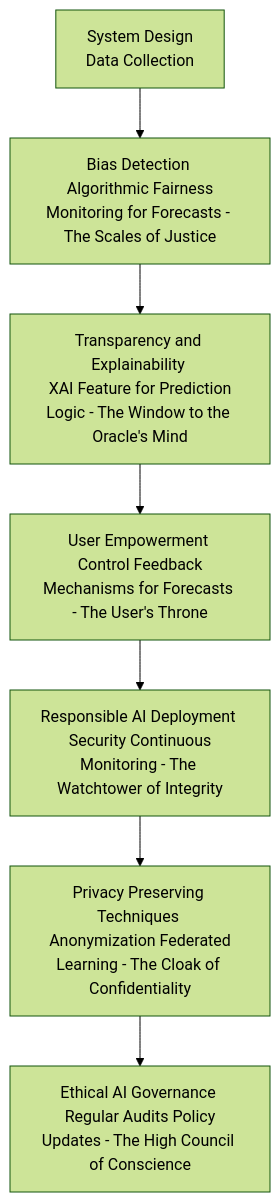
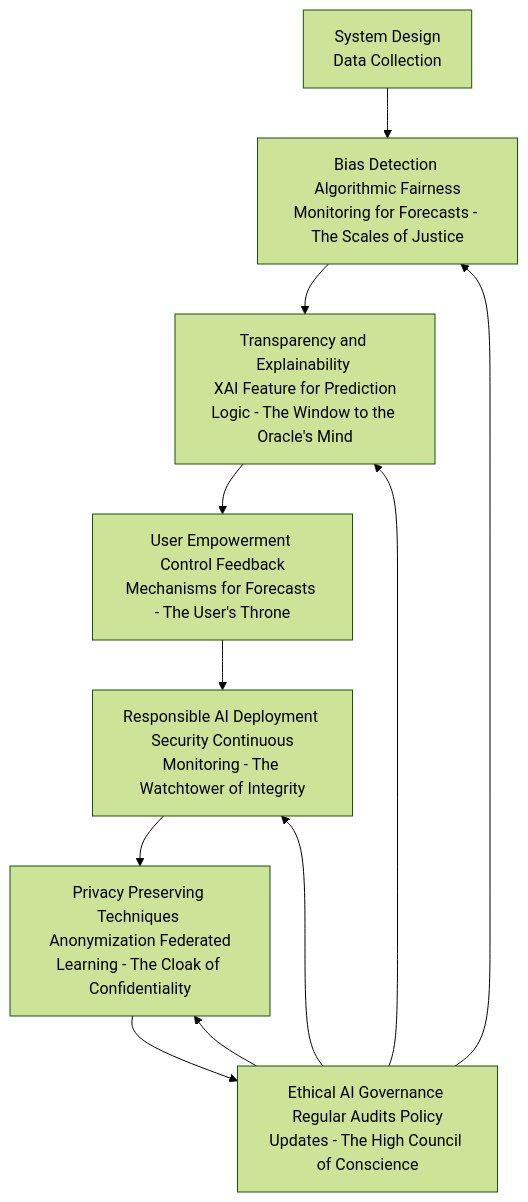
Before and after one commit to diplomat-bit/Citibank_Demo_Business_Inc_Demonstration-: the ninth of 11 diagrams in inventions/inventions/006_ai_subscription_detection/008_ai_irregular_expense_prediction.md, drawn with Mermaid (forest theme). The commit also changed other lines of this file, not shown here.

````diff
--- a/inventions/inventions/006_ai_subscription_detection/008_ai_irregular_expense_prediction.md
+++ b/inventions/inventions/006_ai_subscription_detection/008_ai_irregular_expense_prediction.md
@@ -285,9 +357,13 @@
 ```mermaid
 graph TD
     A[System Design <br/> Data Collection] --> B[Bias Detection <br/> Algorithmic Fairness Monitoring for Forecasts - The Scales of Justice]
     B --> C[Transparency and Explainability <br/> XAI Feature for Prediction Logic - The Window to the Oracle's Mind]
     C --> D[User Empowerment <br/> Control Feedback Mechanisms for Forecasts - The User's Throne]
     D --> E[Responsible AI Deployment <br/> Security Continuous Monitoring - The Watchtower of Integrity]
     E --> F[Privacy Preserving Techniques <br/> Anonymization Federated Learning - The Cloak of Confidentiality]
     F --> G[Ethical AI Governance <br/> Regular Audits Policy Updates - The High Council of Conscience]
+    G --> B
+    G --> C
+    G --> E
+    G --> F
 ```
````
